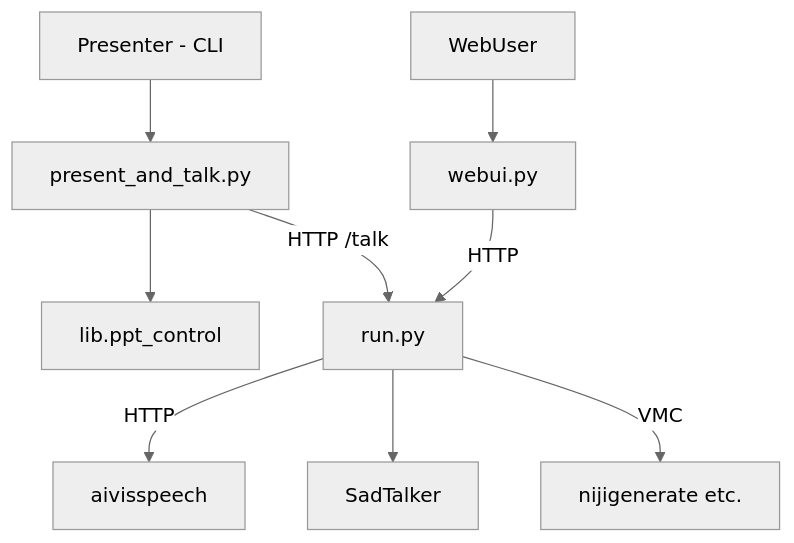
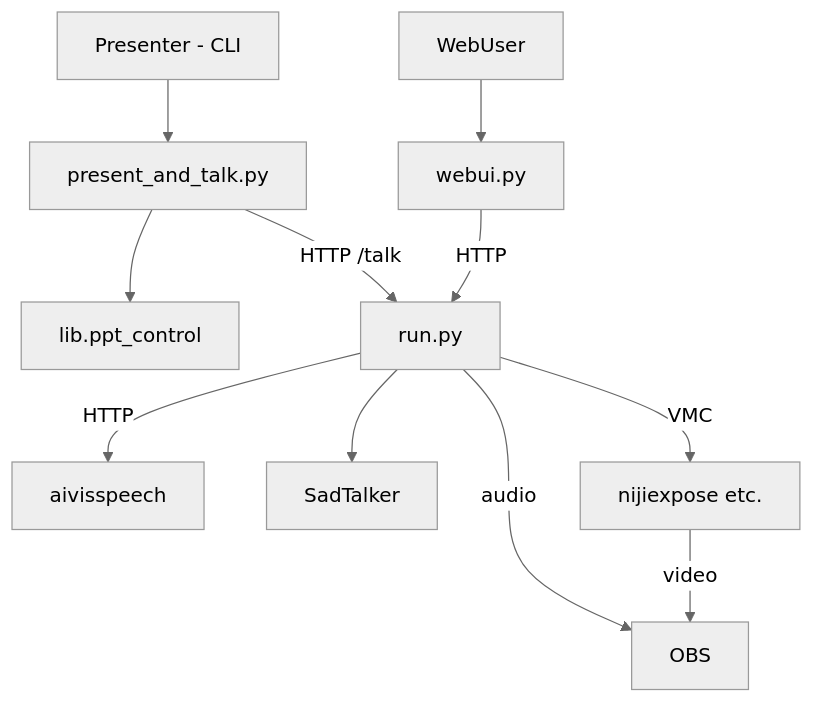
Before and after one commit to seagetch/aituber-talk: the diagram in README.md, drawn with Mermaid (neutral theme). The commit also changed other lines of this file, not shown here.

Commit message:
Modified README.md (manually.)

````diff
--- a/README.md
+++ b/README.md
@@ -45,25 +46,28 @@
 ```mermaid
 flowchart TD
     user_web[WebUser]
     user_presenter[Presenter - CLI]
     webui_py[webui.py]
     present_and_talk_py[present_and_talk.py]
     pptx[lib.ppt_control]
     run_py[run.py]
     aivisspeech_dir[aivisspeech]
     sadtalker_dir[SadTalker]
-    nijigenerate[nijigenerate etc.]
-   
+    nijiexpose[nijiexpose etc.]
+    obs[OBS]
+
     user_web --> webui_py
     webui_py -->|HTTP| run_py
     run_py --> |HTTP| aivisspeech_dir
     run_py --> sadtalker_dir
-    run_py -->|VMC| nijigenerate
+    run_py -->|VMC| nijiexpose
+    nijiexpose -->|video| obs
+    run_py -->|audio| obs
 
     user_presenter --> present_and_talk_py
     present_and_talk_py --> pptx
     present_and_talk_py -->|HTTP /talk| run_py
 
     %% run_py is the API server. It orchestrates aivisspeech (TTS) and SadTalker (avatar motion).
     %% present_and_talk.py automates PowerPoint and calls run.py API for each slide.
 ```
````
